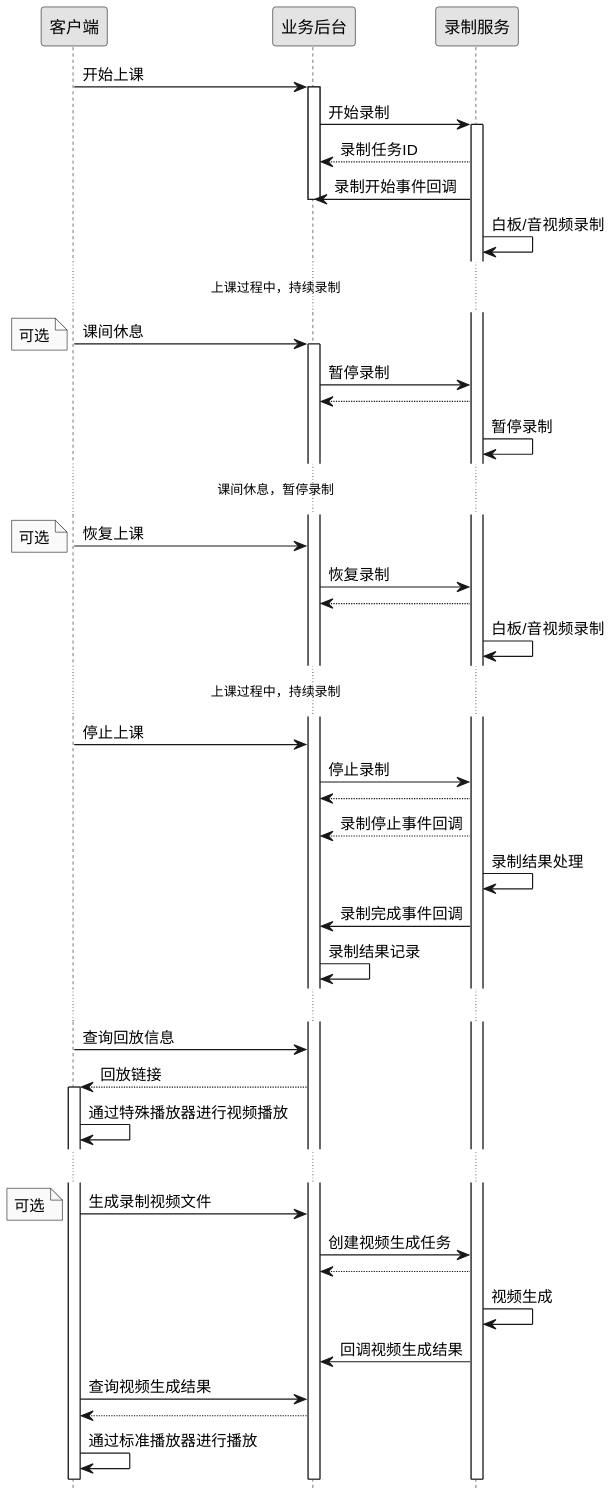
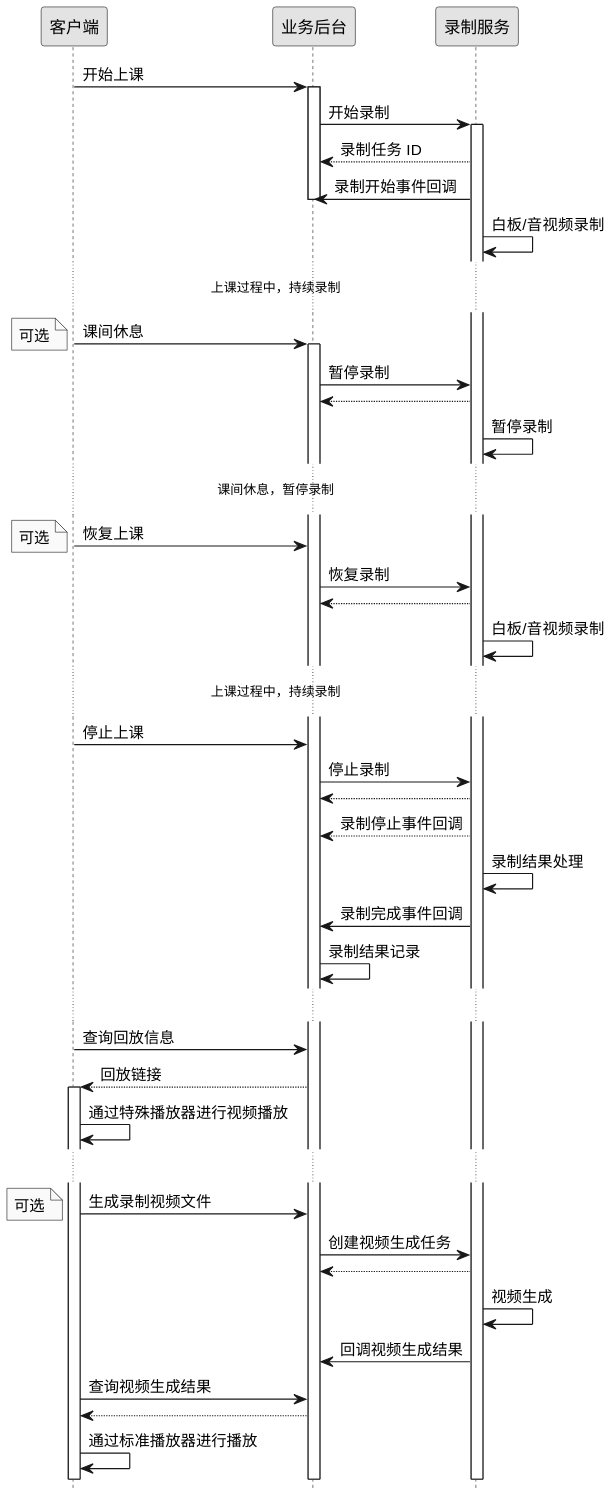
One commit to tencentyun/qcloud-documents changed the second of 3 diagrams in product/大数据与AI/互动白板/开发指南/录制回放/接入流程.md. Above: the diagram before and after it, drawn with PlantUML. The commit also changed other lines of this file, not shown here.

````diff
--- a/product/大数据与AI/互动白板/开发指南/录制回放/接入流程.md
+++ b/product/大数据与AI/互动白板/开发指南/录制回放/接入流程.md
@@ -66,59 +66,59 @@
 ```puml
 skinparam dpi 180
 skinparam monochrome true
 skinparam shadowing false
 
 hide footbox
 
 participant "客户端" as Client
 participant "业务后台" as Business
 participant "录制服务" as Recorder
 
 Client -> Business ++ : 开始上课
 Business -> Recorder ++ : 开始录制
-Recorder --> Business : 录制任务ID
+Recorder --> Business : 录制任务 ID
 Recorder -> Business: 录制开始事件回调
 deactivate Business
 Recorder -> Recorder: 白板/音视频录制
 ... 上课过程中，持续录制 ...
 
 Client -> Business ++ : 课间休息
 note left : 可选
 Business -> Recorder : 暂停录制
 Recorder --> Business
 Recorder -> Recorder : 暂停录制
 ... 课间休息，暂停录制 ...
 
 Client -> Business  : 恢复上课
 note left : 可选
 Business -> Recorder : 恢复录制
 Recorder --> Business
 Recorder -> Recorder : 白板/音视频录制
 ... 上课过程中，持续录制 ...
 
 Client -> Business  : 停止上课
 Business -> Recorder : 停止录制
 Recorder --> Business 
 Recorder --> Business : 录制停止事件回调
 
 Recorder -> Recorder : 录制结果处理
 Recorder -> Business : 录制完成事件回调
 Business -> Business : 录制结果记录
 ...
 
 Client -> Business : 查询回放信息
 Business --> Client ++  : 回放链接
 Client -> Client : 通过特殊播放器进行视频播放  
 
 ...
 Client -> Business : 生成录制视频文件
 note left : 可选
 Business -> Recorder : 创建视频生成任务
 Recorder --> Business
 Recorder -> Recorder : 视频生成
 Recorder -> Business : 回调视频生成结果
 
 Client -> Business : 查询视频生成结果
 Business --> Client
 Client -> Client: 通过标准播放器进行播放
 ```
````
